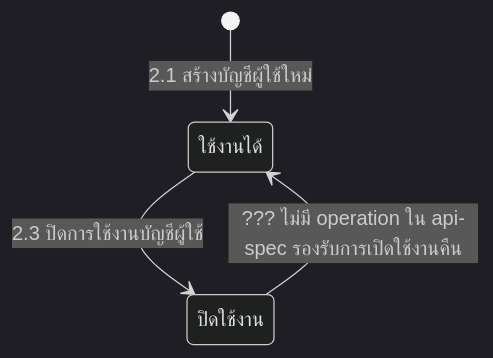
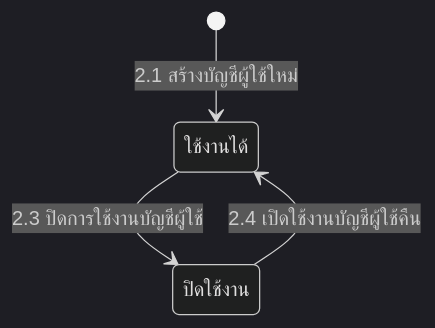
Before and after one commit to sirikorn-cmru/CrackAI-Field: the second of 2 diagrams in docs/02-design/02-technical/detailed-design/user-management.md, drawn with Mermaid (dark theme). The commit also changed other lines of this file and 11 other files, not shown here.

````diff
--- a/docs/02-design/02-technical/detailed-design/user-management.md
+++ b/docs/02-design/02-technical/detailed-design/user-management.md
@@ -46,6 +57,6 @@
 ```mermaid
 stateDiagram-v2
     [*] --> ใช้งานได้ : 2.1 สร้างบัญชีผู้ใช้ใหม่
     ใช้งานได้ --> ปิดใช้งาน : 2.3 ปิดการใช้งานบัญชีผู้ใช้
-    ปิดใช้งาน --> ใช้งานได้ : ??? ไม่มี operation ใน api-spec รองรับการเปิดใช้งานคืน
+    ปิดใช้งาน --> ใช้งานได้ : 2.4 เปิดใช้งานบัญชีผู้ใช้คืน
 ```
````
